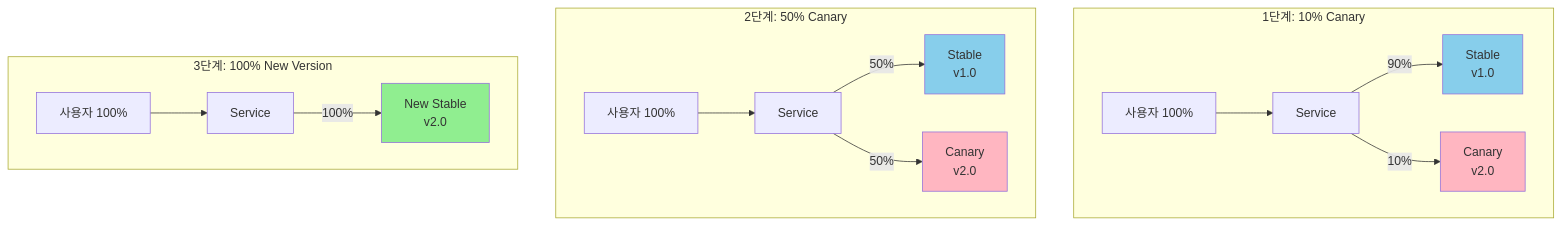
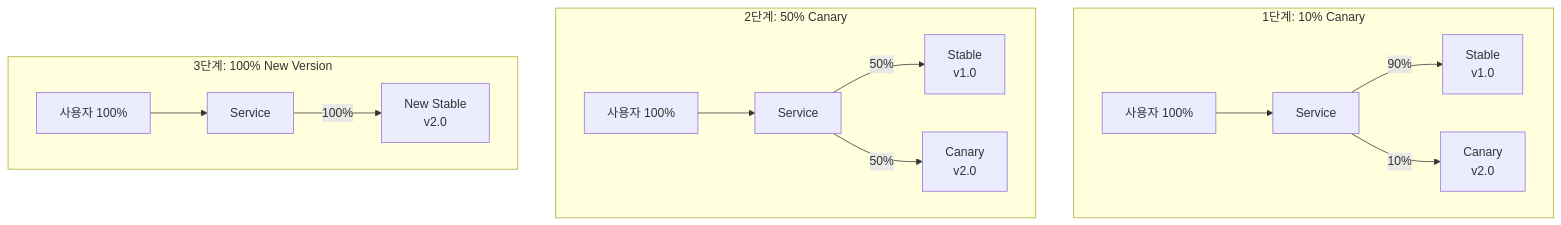
The tenth of 11 diagrams in docs/cicd/week3-jenkins-argocd.md (juwon8891/juwon8891.github.io), drawn with Mermaid before and after one commit. The commit also changed other lines of this file and 18 other files, not shown here.

Commit message:
Remove bright colors from Mermaid diagrams for dark mode compatibility

````diff
--- a/docs/cicd/week3-jenkins-argocd.md
+++ b/docs/cicd/week3-jenkins-argocd.md
@@ -1785,27 +1753,22 @@
 ```mermaid
 graph TB
     subgraph "1단계: 10% Canary"
         USER1[사용자 100%] --> SVC1[Service]
         SVC1 -->|90%| STABLE1[Stable<br/>v1.0]
         SVC1 -->|10%| CANARY1[Canary<br/>v2.0]
 
-        style STABLE1 fill:#87CEEB
-        style CANARY1 fill:#FFB6C1
     end
 
     subgraph "2단계: 50% Canary"
         USER2[사용자 100%] --> SVC2[Service]
         SVC2 -->|50%| STABLE2[Stable<br/>v1.0]
         SVC2 -->|50%| CANARY2[Canary<br/>v2.0]
 
-        style STABLE2 fill:#87CEEB
-        style CANARY2 fill:#FFB6C1
     end
 
     subgraph "3단계: 100% New Version"
         USER3[사용자 100%] --> SVC3[Service]
         SVC3 -->|100%| NEW[New Stable<br/>v2.0]
 
-        style NEW fill:#90EE90
     end
 ```
````
